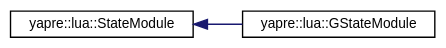
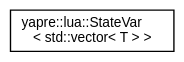
One commit to yapre-run/doc changed the diagram in docs/inherit_graph_16.dot. Above: the diagram before and after it, drawn with Graphviz. The commit also changed 298 other files, not shown here.

```diff
--- a/docs/inherit_graph_16.dot
+++ b/docs/inherit_graph_16.dot
@@ -1,11 +1,9 @@
 digraph "Graphical Class Hierarchy"
 {
  // LATEX_PDF_SIZE
   bgcolor="transparent";
   edge [fontname="Helvetica",fontsize="10",labelfontname="Helvetica",labelfontsize="10"];
   node [fontname="Helvetica",fontsize="10",shape=record];
   rankdir="LR";
-  Node0 [label="yapre::lua::StateModule",height=0.2,width=0.4,color="black",URL="$structyapre_1_1lua_1_1_state_module.html",tooltip=" "];
-  Node0 -> Node1 [dir="back",color="midnightblue",fontsize="10",style="solid",fontname="Helvetica"];
-  Node1 [label="yapre::lua::GStateModule",height=0.2,width=0.4,color="black",URL="$structyapre_1_1lua_1_1_g_state_module.html",tooltip=" "];
+  Node0 [label="yapre::lua::StateVar\l\< std::vector\< T \> \>",height=0.2,width=0.4,color="black",URL="$structyapre_1_1lua_1_1_state_var_3_01std_1_1vector_3_01_t_01_4_01_4.html",tooltip=" "];
 }
```
